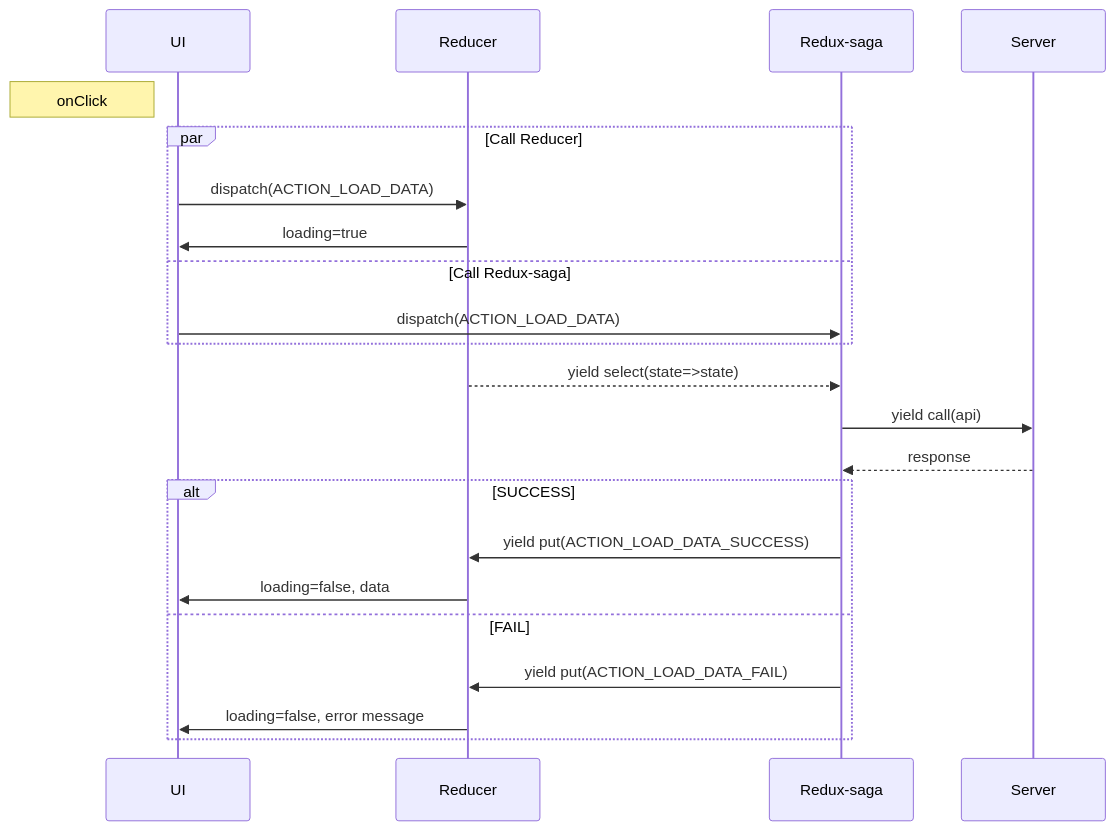
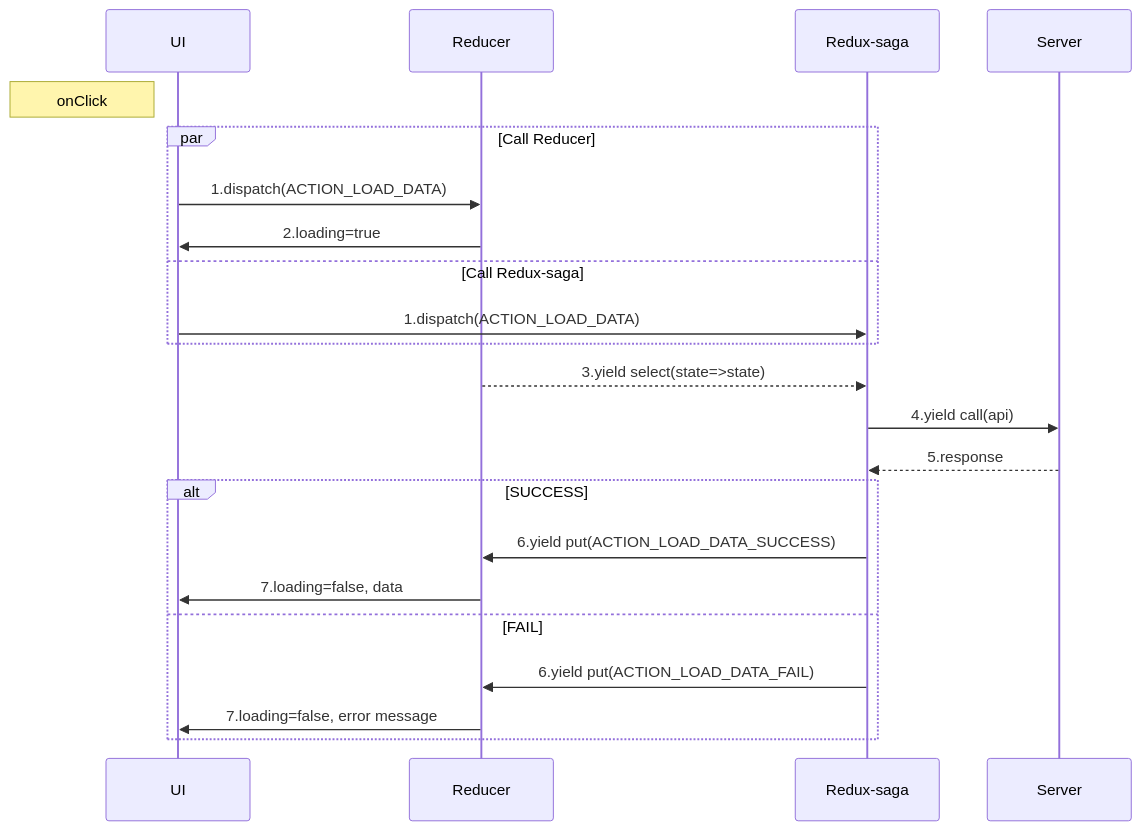
One commit to tsengyushiang/notes changed the diagram in front-end/reduxSaga.md. Above: the diagram before and after it, drawn with Mermaid.

````diff
--- a/front-end/reduxSaga.md
+++ b/front-end/reduxSaga.md
@@ -209,25 +209,25 @@
 ```mermaid
 sequenceDiagram
        
     Note left of UI: onClick
     par Call Reducer
-        UI->>Reducer: dispatch(ACTION_LOAD_DATA)
-        Reducer->>UI: loading=true
+        UI->>Reducer: 1.dispatch(ACTION_LOAD_DATA)
+        Reducer->>UI: 2.loading=true
     and Call Redux-saga
-        UI->>Redux-saga: dispatch(ACTION_LOAD_DATA)
+        UI->>Redux-saga: 1.dispatch(ACTION_LOAD_DATA)
     end
     
-    Reducer-->>Redux-saga: yield select(state=>state)
+    Reducer-->>Redux-saga: 3.yield select(state=>state)
 
-    Redux-saga->>Server: yield call(api)
-    Server-->>Redux-saga: response
+    Redux-saga->>Server: 4.yield call(api)
+    Server-->>Redux-saga: 5.response
     
     alt SUCCESS
-        Redux-saga->>Reducer: yield put(ACTION_LOAD_DATA_SUCCESS)
-        Reducer->>UI: loading=false, data
+        Redux-saga->>Reducer: 6.yield put(ACTION_LOAD_DATA_SUCCESS)
+        Reducer->>UI: 7.loading=false, data
     else FAIL
-        Redux-saga->>Reducer: yield put(ACTION_LOAD_DATA_FAIL)
-        Reducer->>UI: loading=false, error message 
+        Redux-saga->>Reducer: 6.yield put(ACTION_LOAD_DATA_FAIL)
+        Reducer->>UI: 7.loading=false, error message 
     end
 
 ```
````
